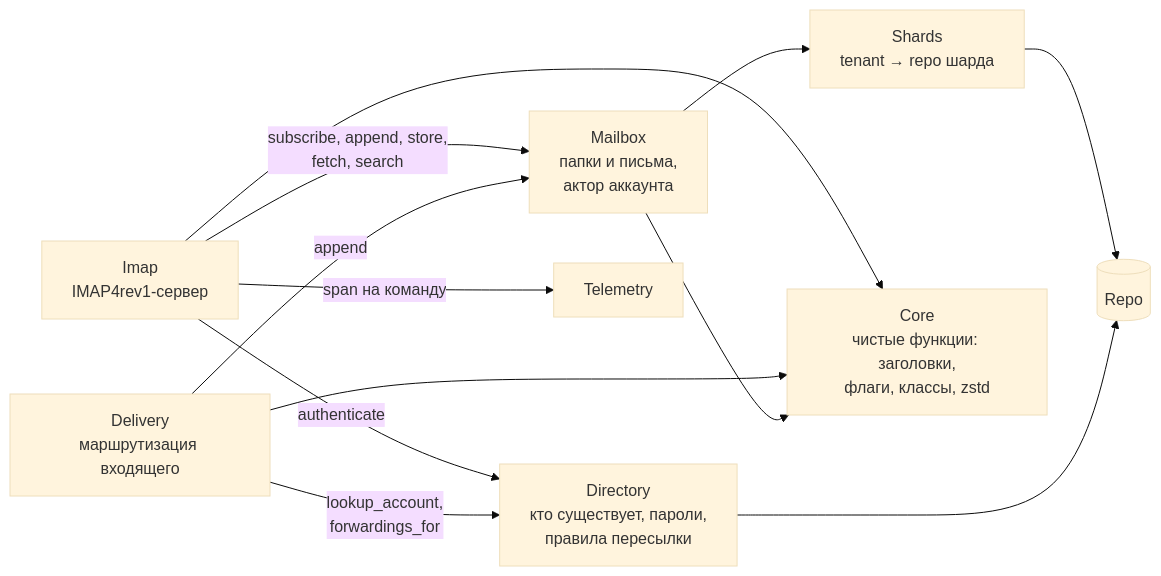
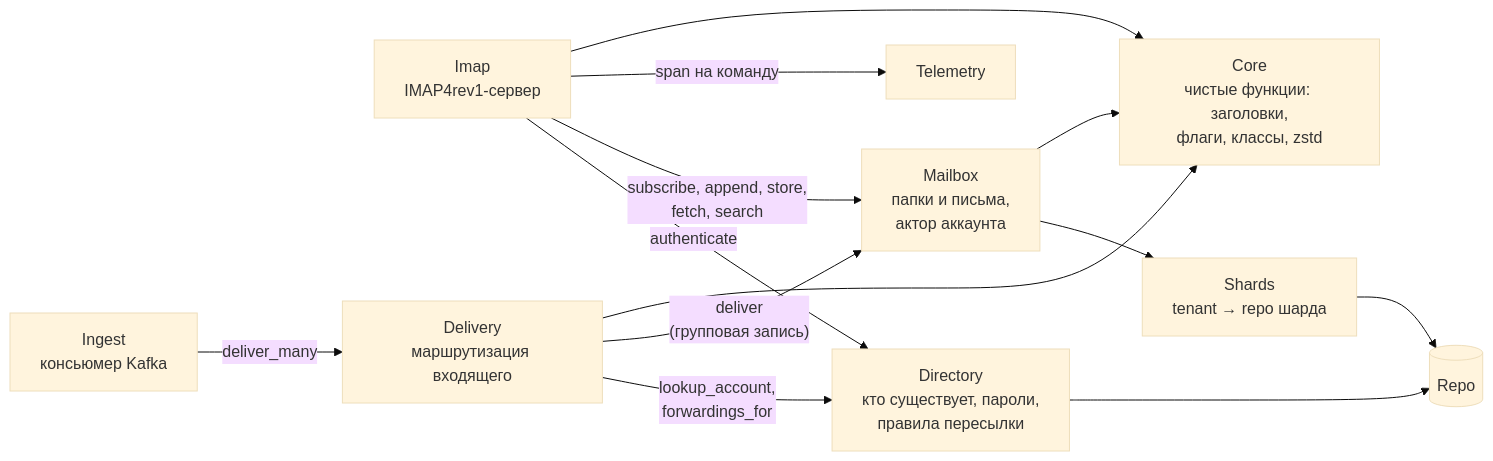
Before and after one commit to ichi404gh/mailstore: the third of 7 diagrams in docs/architecture.md, drawn with Mermaid (base theme). The commit also changed other lines of this file and 30 other files, not shown here.

First line of the commit message:
Ingest from Kafka with idempotent group commit

````diff
--- a/docs/architecture.md
+++ b/docs/architecture.md
@@ -104,22 +108,24 @@
 ```mermaid
 flowchart LR
   imap["Imap<br/>IMAP4rev1-сервер"]
+  ingest["Ingest<br/>консьюмер Kafka"]
   delivery["Delivery<br/>маршрутизация входящего"]
   directory["Directory<br/>кто существует, пароли,<br/>правила пересылки"]
   mailbox["Mailbox<br/>папки и письма,<br/>актор аккаунта"]
   shards["Shards<br/>tenant → repo шарда"]
   core["Core<br/>чистые функции: заголовки,<br/>флаги, классы, zstd"]
   telemetry["Telemetry"]
   repo[("Repo")]
 
   imap -->|authenticate| directory
   imap -->|"subscribe, append, store,<br/>fetch, search"| mailbox
   imap -->|"span на команду"| telemetry
   delivery -->|"lookup_account,<br/>forwardings_for"| directory
-  delivery -->|append| mailbox
+  ingest -->|deliver_many| delivery
+  delivery -->|"deliver<br/>(групповая запись)"| mailbox
   mailbox --> shards --> repo
   directory --> repo
   imap --> core
   delivery --> core
   mailbox --> core
 ```
````
